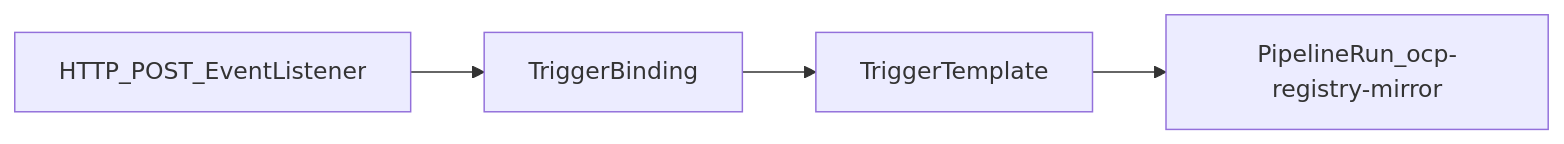
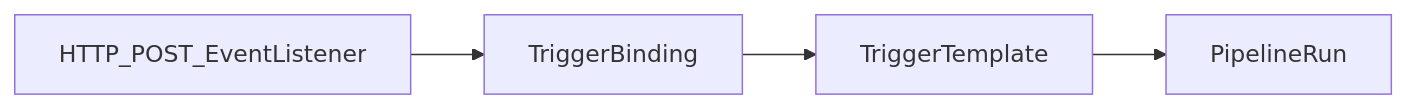
Before and after one commit to aprincipRedhat/rh-summit-gitops-tmobile: the fourth of 4 diagrams in cluster-automation/README.md, drawn with Mermaid. The commit also changed other lines of this file and 29 other files, not shown here.

````diff
--- a/cluster-automation/README.md
+++ b/cluster-automation/README.md
@@ -62,6 +47,4 @@
 ```mermaid
 flowchart LR
-  HTTP[HTTP_POST_EventListener] --> TB[TriggerBinding]
-  TB --> TT[TriggerTemplate]
-  TT --> PR[PipelineRun_ocp-registry-mirror]
+  HTTP[HTTP_POST_EventListener] --> TB[TriggerBinding] --> TT[TriggerTemplate] --> PR[PipelineRun]
 ```
````
